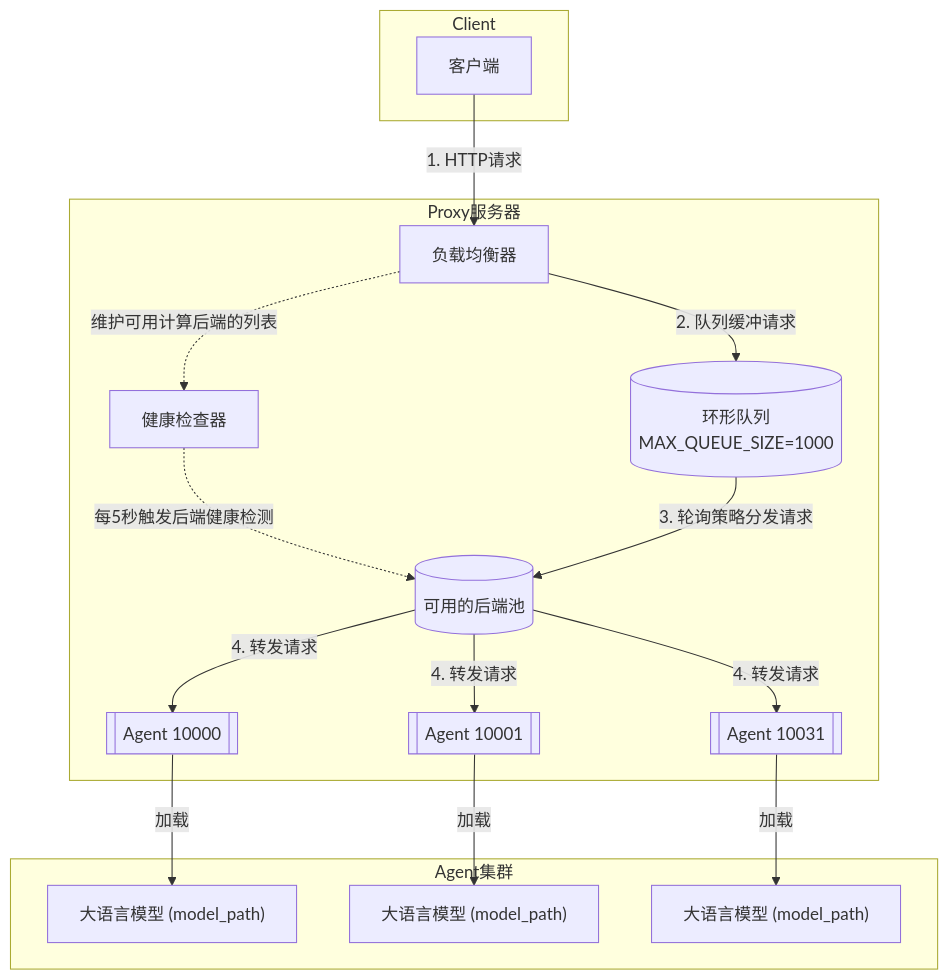
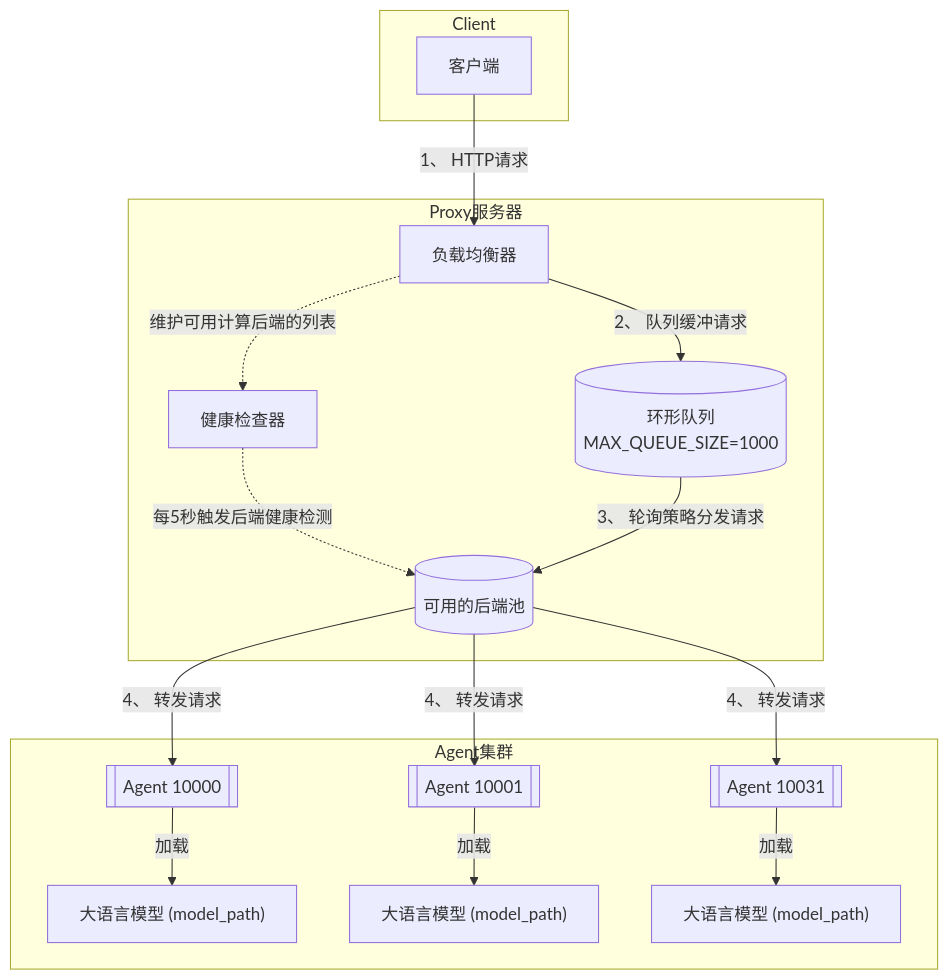
One commit to FesianXu/Easy-Model-Service changed the diagram in README.md. Above: the diagram before and after it, drawn with Mermaid.

````diff
--- a/README.md
+++ b/README.md
@@ -9,27 +9,26 @@
 ```mermaid
 graph TD
     subgraph Client
         C[客户端]
     end
 
     subgraph Proxy服务器
     	LB[负载均衡器]
-    	C -->|1. HTTP请求| LB
+    	C -->|1、 HTTP请求| LB
         LB -.维护可用计算后端的列表.-> HC[健康检查器]
         HC -.每5秒触发后端健康检测.-> WT[(可用的后端池)]
         Q[(环形队列\nMAX_QUEUE_SIZE=1000)]
-        LB -->|2. 队列缓冲请求| Q
-        Q -->|3. 轮询策略分发请求| WT
-        WT -->|4. 转发请求| A1
-        WT -->|4. 转发请求| A2
-        WT -->|4. 转发请求| A32
+        LB --> |2、 队列缓冲请求| Q
+        Q --> |3、 轮询策略分发请求| WT
+        
     end
 
     subgraph Agent集群
+        WT --> |4、 转发请求| A1
+        WT --> |4、 转发请求| A2
+        WT --> |4、 转发请求| A32
         A1[[Agent 10000]] -->|加载| M1["大语言模型 (model_path)"]
         A2[[Agent 10001]] -->|加载| M2["大语言模型 (model_path)"]
         A32[[Agent 10031]] -->|加载| M32["大语言模型 (model_path)"]
     end
-
-    
 ```
````
